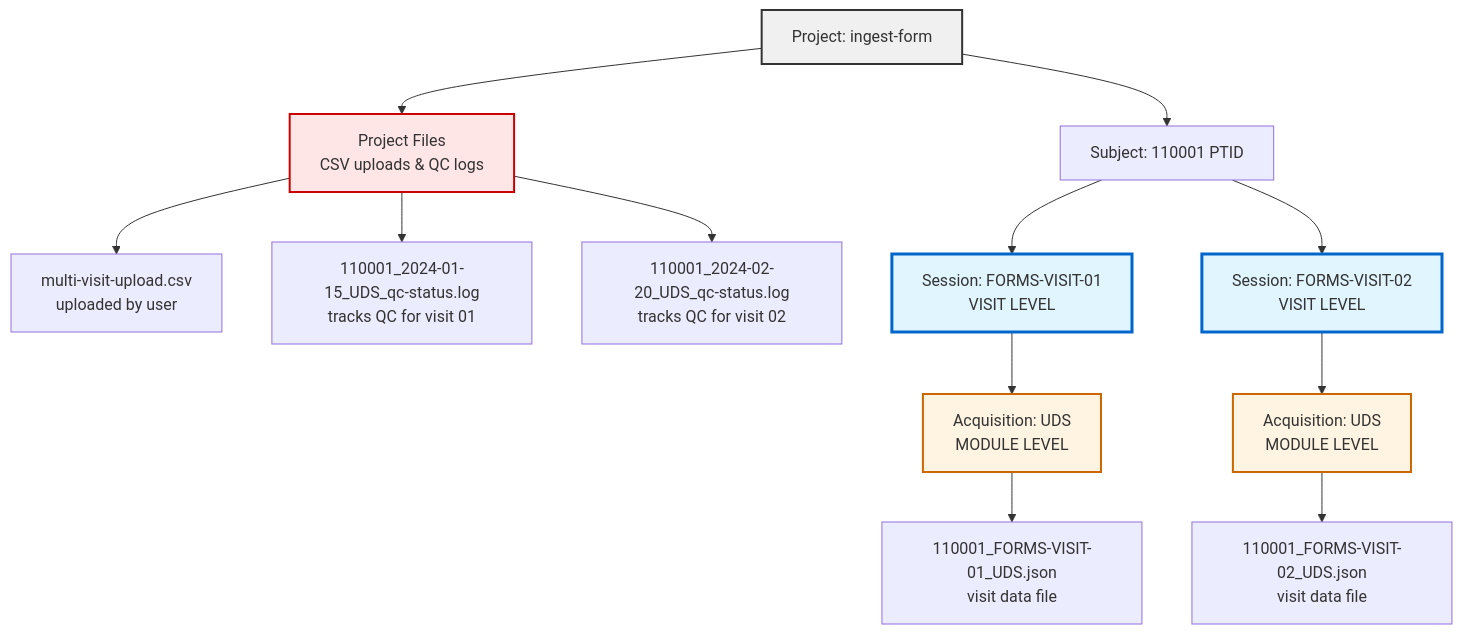
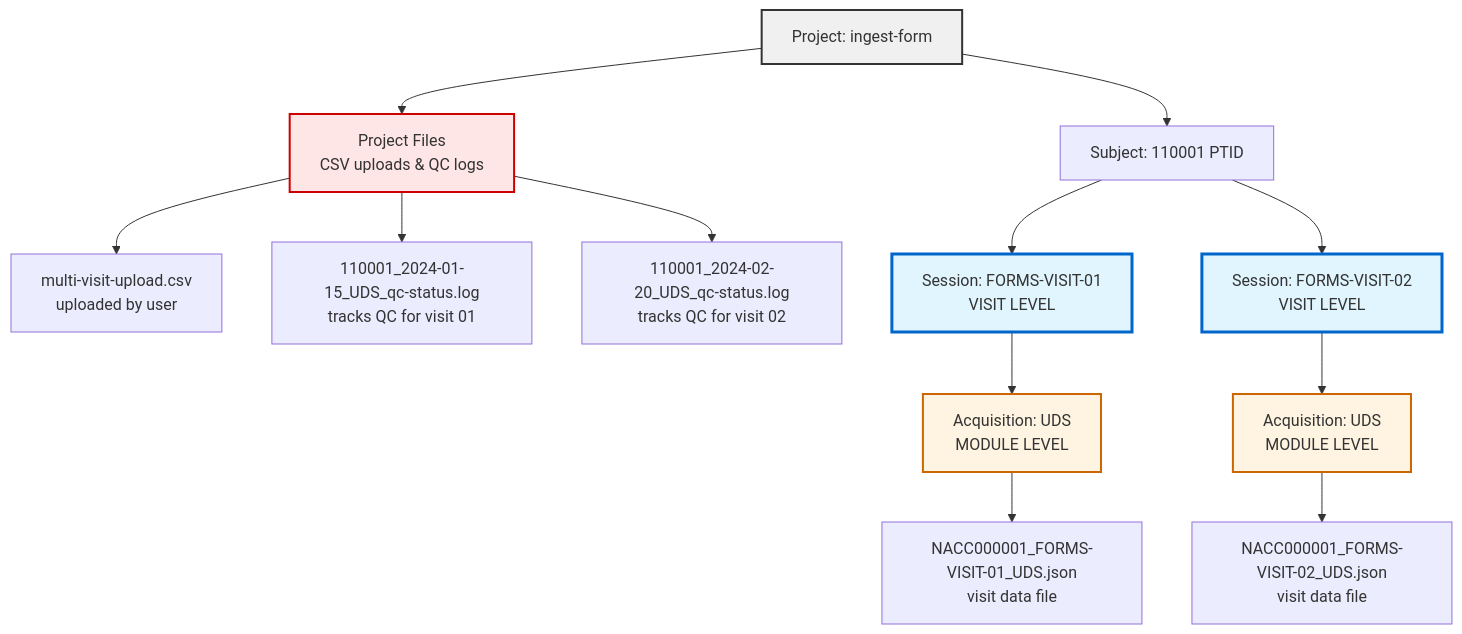
The first of 4 diagrams in docs/form_scheduler/event-logging.md (naccdata/flywheel-gear-extensions), drawn with Mermaid before and after one commit. The commit also changed other lines of this file, not shown here.

````diff
--- a/docs/form_scheduler/event-logging.md
+++ b/docs/form_scheduler/event-logging.md
@@ -31,25 +31,25 @@
 ```mermaid
 graph TD
     A[Project: ingest-form] --> B[Project Files<br/>CSV uploads & QC logs]
     A --> C[Subject: 110001 PTID]
     
     B --> B1[multi-visit-upload.csv<br/>uploaded by user]
     B --> B2[110001_2024-01-15_UDS_qc-status.log<br/>tracks QC for visit 01]
     B --> B3[110001_2024-02-20_UDS_qc-status.log<br/>tracks QC for visit 02]
     
     C --> D[Session: FORMS-VISIT-01<br/>VISIT LEVEL]
     C --> E[Session: FORMS-VISIT-02<br/>VISIT LEVEL]
     
     D --> F[Acquisition: UDS<br/>MODULE LEVEL]
-    F --> G[110001_FORMS-VISIT-01_UDS.json<br/>visit data file]
+    F --> G[NACC000001_FORMS-VISIT-01_UDS.json<br/>visit data file]
     
     E --> H[Acquisition: UDS<br/>MODULE LEVEL]
-    H --> I[110001_FORMS-VISIT-02_UDS.json<br/>visit data file]
+    H --> I[NACC000001_FORMS-VISIT-02_UDS.json<br/>visit data file]
     
     style A fill:#f0f0f0,stroke:#333,stroke-width:2px
     style B fill:#ffe6e6,stroke:#cc0000,stroke-width:2px
     style D fill:#e1f5ff,stroke:#0066cc,stroke-width:3px
     style E fill:#e1f5ff,stroke:#0066cc,stroke-width:3px
     style F fill:#fff4e1,stroke:#cc6600,stroke-width:2px
     style H fill:#fff4e1,stroke:#cc6600,stroke-width:2px
 ```
````
